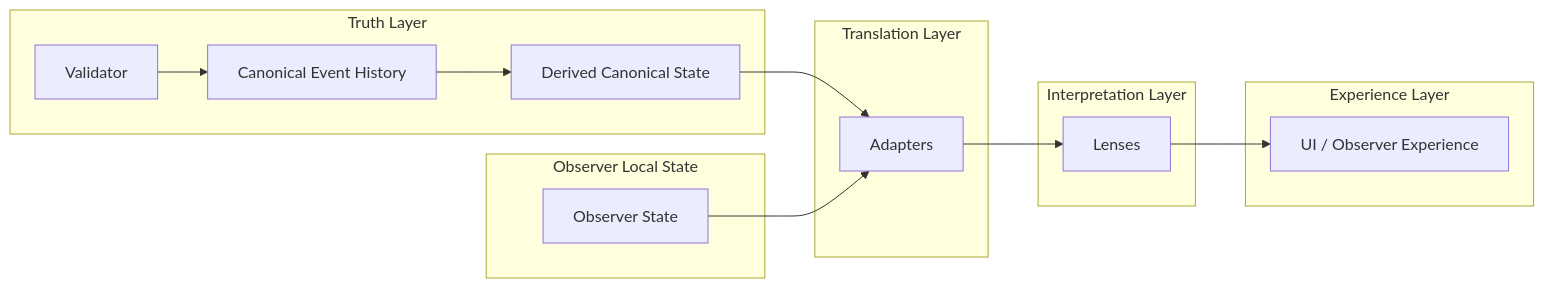
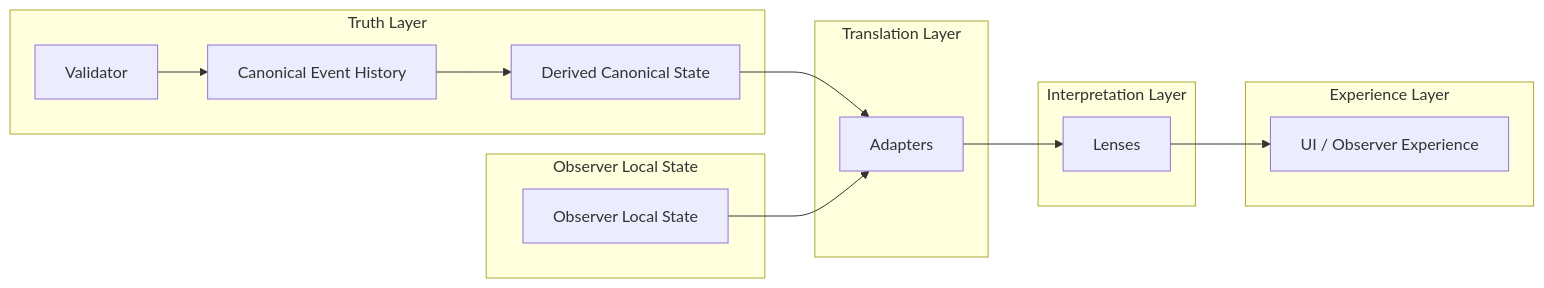
One commit to godofthunder101/crypsa-architecture changed the diagram in diagrams/CrypSA_Adapter_Lens_Runtime_Relationship.md. Above: the diagram before and after it, drawn with Mermaid. The commit also changed other lines of this file, not shown here.

````diff
--- a/diagrams/CrypSA_Adapter_Lens_Runtime_Relationship.md
+++ b/diagrams/CrypSA_Adapter_Lens_Runtime_Relationship.md
@@ -18,32 +18,32 @@
 ```mermaid
 flowchart LR
 
 subgraph "Truth Layer"
     V[Validator]
     A[Canonical Event History]
     B[Derived Canonical State]
 end
 
 subgraph "Observer Local State"
-    C[Observer State]
+    C[Observer Local State]
 end
 
 subgraph "Translation Layer"
     D[Adapters]
 end
 
 subgraph "Interpretation Layer"
     E[Lenses]
 end
 
 subgraph "Experience Layer"
     F[UI / Observer Experience]
 end
 
 V --> A
 A --> B
 B --> D
 C --> D
 D --> E
 E --> F
 ```
````
